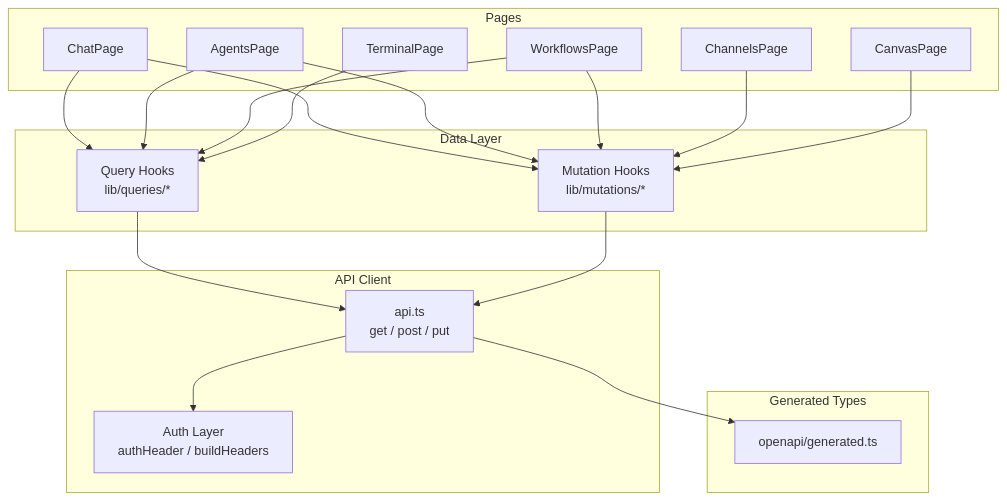
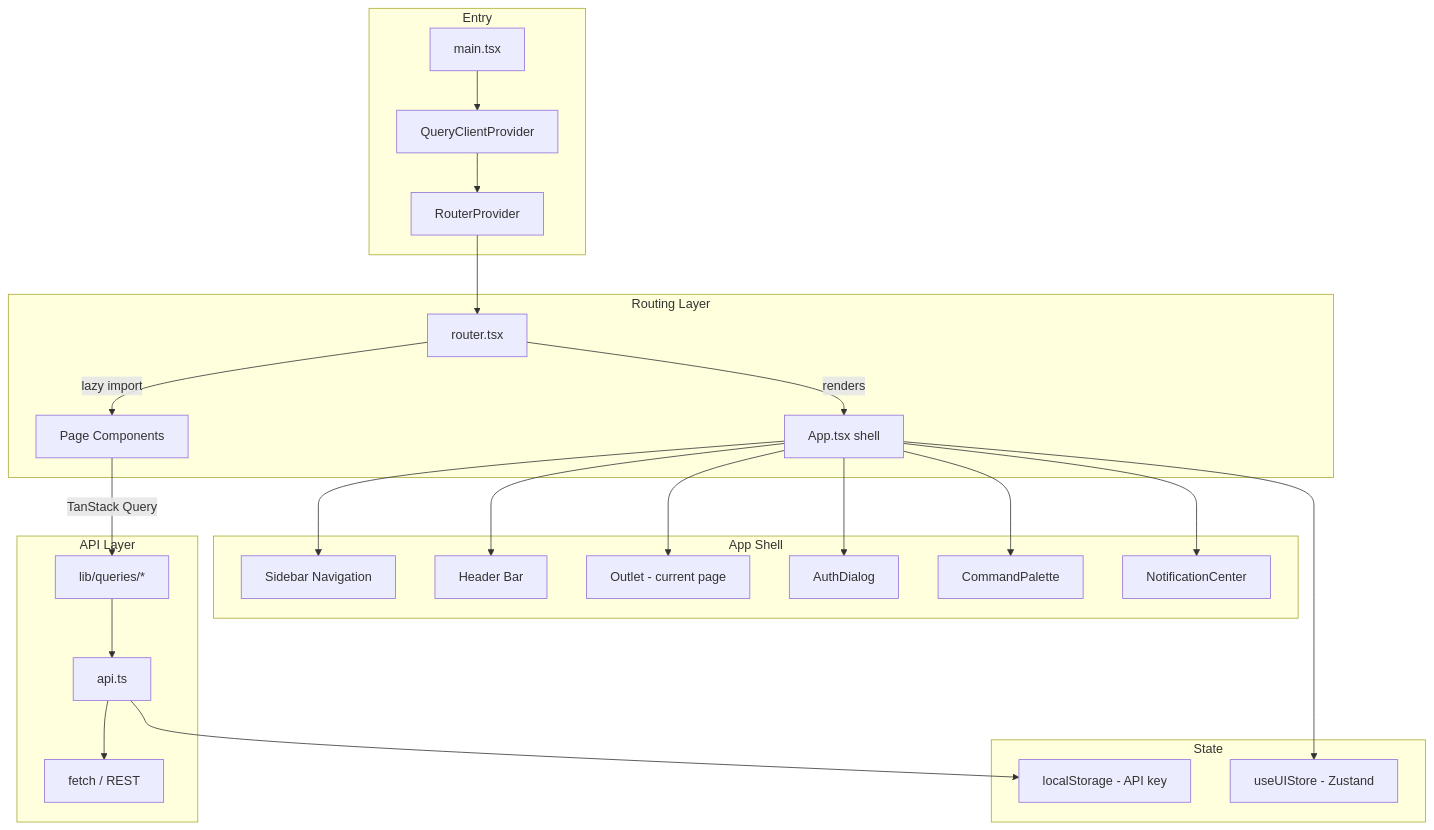
The diagram in dashboard-frontend.md (leszek3737/librefang-WIki), drawn with Mermaid before and after one commit. The commit also changed other lines of this file and 98 other files, not shown here.

````diff
--- a/dashboard-frontend.md
+++ b/dashboard-frontend.md
@@ -13,39 +9,33 @@
 ```mermaid
 graph TD
-    subgraph Pages
-        A[ChatPage]
-        B[AgentsPage]
-        C[WorkflowsPage]
-        D[ChannelsPage]
-        E[CanvasPage]
-        F[TerminalPage]
+    subgraph "Entry"
+        A[main.tsx] --> B[QueryClientProvider]
+        B --> C[RouterProvider]
     end
 
-    subgraph Data Layer
-        G[Query Hooks<br>lib/queries/*]
-        H[Mutation Hooks<br>lib/mutations/*]
+    subgraph "Routing Layer"
+        C --> D[router.tsx]
+        D -->|lazy import| E[Page Components]
+        D -->|renders| F[App.tsx shell]
     end
 
-    subgraph API Client
-        I[api.ts<br>get / post / put]
-        J[Auth Layer<br>authHeader / buildHeaders]
+    subgraph "App Shell"
+        F --> G[Sidebar Navigation]
+        F --> H[Header Bar]
+        F --> I[Outlet - current page]
+        F --> J[AuthDialog]
+        F --> K[CommandPalette]
+        F --> L[NotificationCenter]
     end
 
-    subgraph Generated Types
-        K[openapi/generated.ts]
+    subgraph "API Layer"
+        E -->|TanStack Query| M[lib/queries/*]
+        M --> N[api.ts]
+        N --> O[fetch / REST]
     end
 
-    A --> G
-    A --> H
-    B --> G
-    B --> H
-    C --> G
-    C --> H
-    D --> H
-    E --> H
-    F --> G
-    G --> I
-    H --> I
-    I --> J
-    I --> K
+    subgraph "State"
+        F --> P[useUIStore - Zustand]
+        N --> Q[localStorage - API key]
+    end
 ```
````
